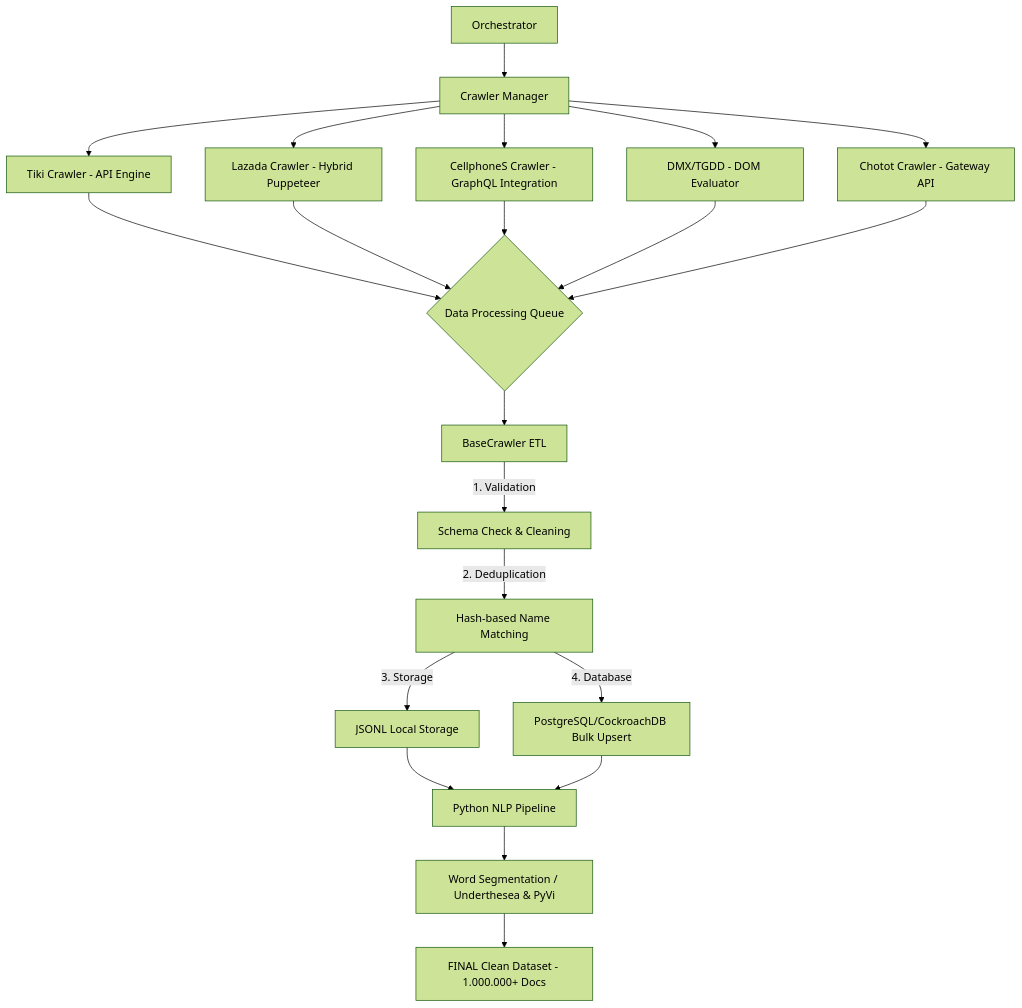
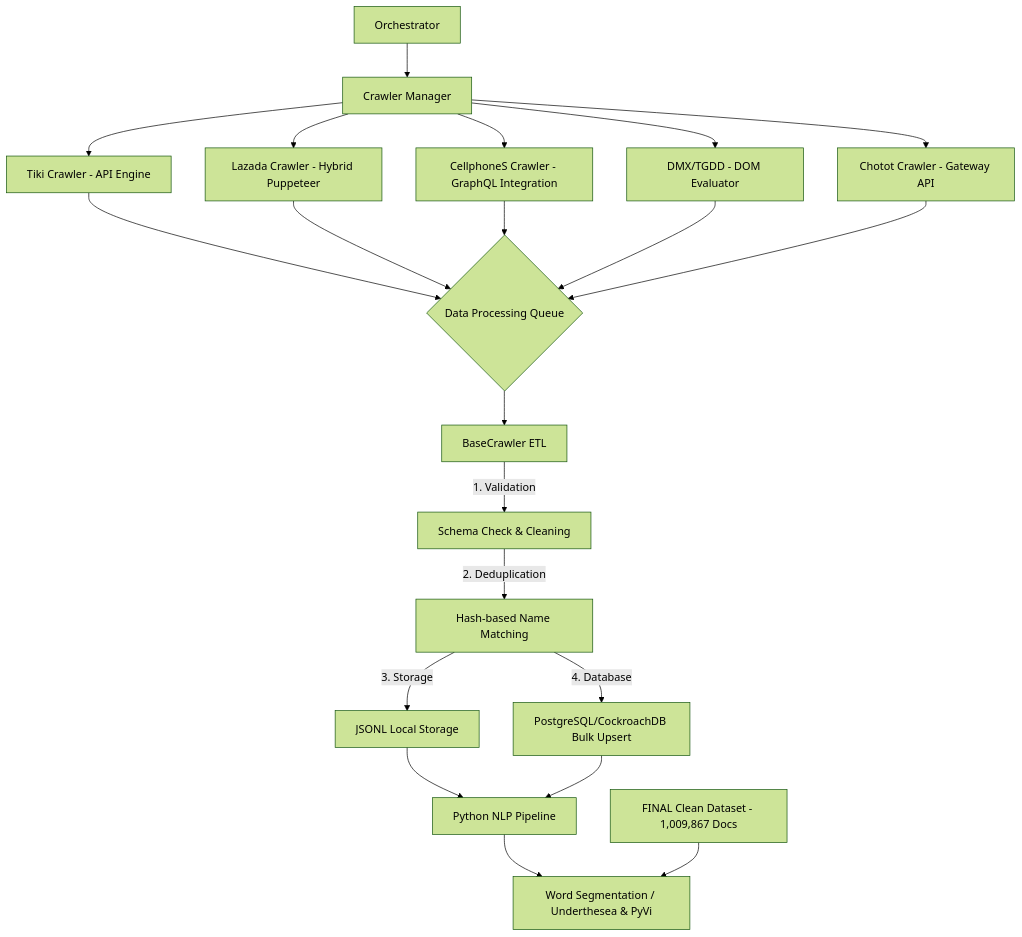
One commit to nhatlong28/SEG301 changed the diagram in reports/REPORT_MILESTONE_1.md. Above: the diagram before and after it, drawn with Mermaid (forest theme). The commit also changed other lines of this file and 1 other file, not shown here.

````diff
--- a/reports/REPORT_MILESTONE_1.md
+++ b/reports/REPORT_MILESTONE_1.md
@@ -22,21 +22,22 @@
 ```mermaid
 graph TD
     A[Orchestrator] --> B[Crawler Manager]
-    B --> C1[Tiki Crawler - API Engine]
-    B --> C2[Lazada Crawler - Hybrid Puppeteer]
-    B --> C3[CellphoneS Crawler - GraphQL Integration]
-    B --> C4[DMX/TGDD - DOM Evaluator]
-    B --> C5[Chotot Crawler - Gateway API]
+    B --> C1["Tiki Crawler - API Engine"]
+    B --> C2["Lazada Crawler - Hybrid Puppeteer"]
+    B --> C3["CellphoneS Crawler - GraphQL Integration"]
+    B --> C4["DMX/TGDD - DOM Evaluator"]
+    B --> C5["Chotot Crawler - Gateway API"]
     
     C1 & C2 & C3 & C4 & C5 --> D{Data Processing Queue}
     D --> E[BaseCrawler ETL]
     
     E -->|1. Validation| F[Schema Check & Cleaning]
     F -->|2. Deduplication| G[Hash-based Name Matching]
     G -->|3. Storage| H[JSONL Local Storage]
     G -->|4. Database| I[PostgreSQL/CockroachDB Bulk Upsert]
     
     H & I --> J[Python NLP Pipeline]
-    J --> K[Word Segmentation / Underthesea & PyVi]
-    K --> L[FINAL Clean Dataset - 1.000.000+ Docs]
+    J --> K["Word Segmentation / Underthesea & PyVi"]
+    L --> K
+    L[FINAL Clean Dataset - 1,009,867 Docs]
 ```
````
